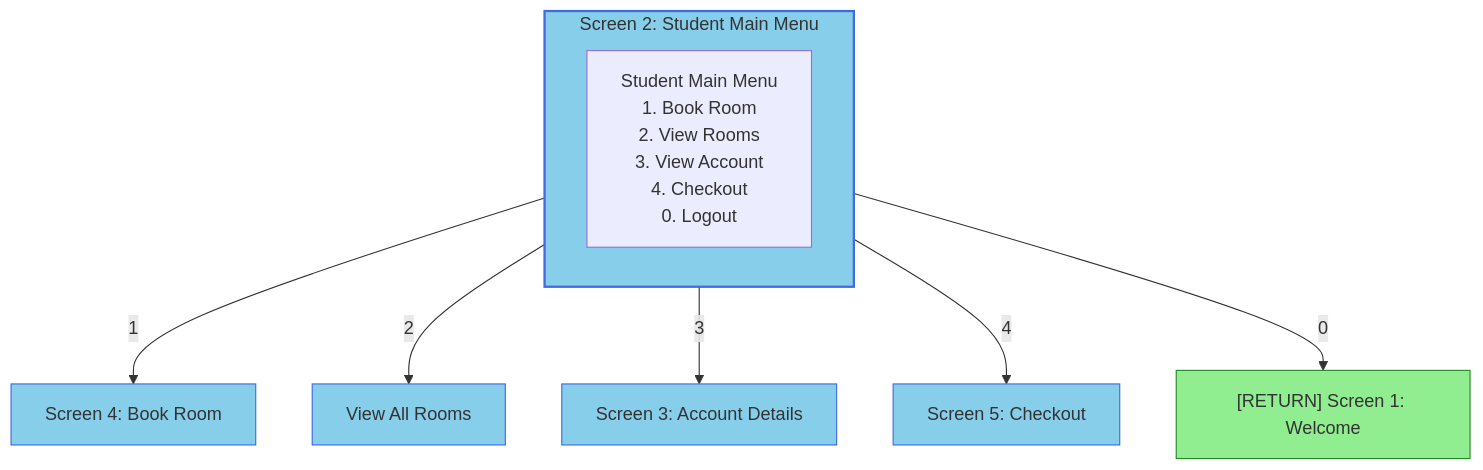
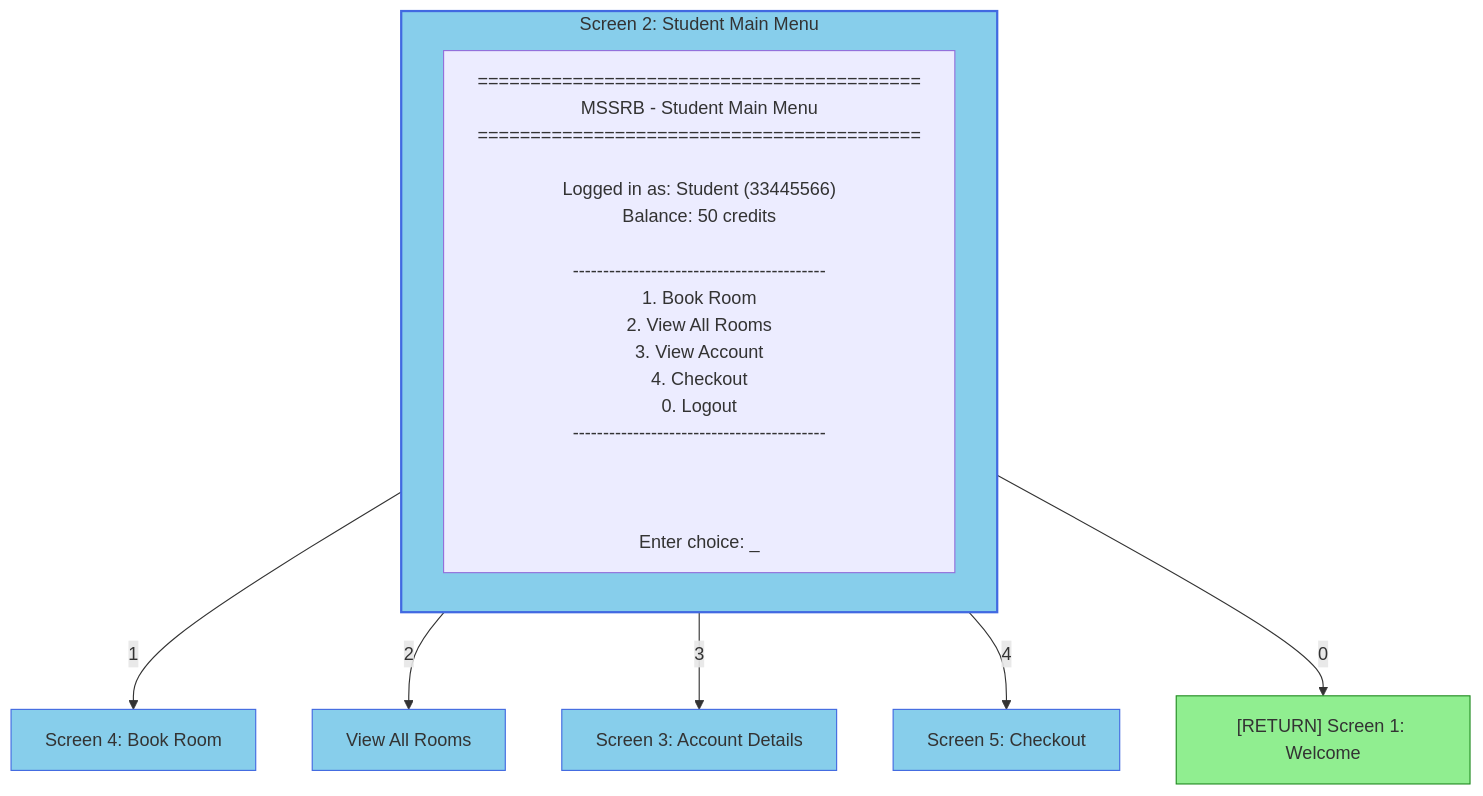
The diagram in mermaid/member_c/02_student_menu.flowchart.mmd (alii0110-monash/fit5136-study-room-booking), drawn with Mermaid before and after one commit. The commit also changed 14 other files, not shown here.

First line of the commit message:
Convert all Mermaid files to screen-style format

```diff
--- a/mermaid/member_c/02_student_menu.flowchart.mmd
+++ b/mermaid/member_c/02_student_menu.flowchart.mmd
@@ -1,17 +1,35 @@
 flowchart TB
     subgraph STUDENT_MENU["Screen 2: Student Main Menu"]
-        SM1["Student Main Menu<br>1. Book Room<br>2. View Rooms<br>3. View Account<br>4. Checkout<br>0. Logout"]
+        SM1["
+==========================================
+MSSRB - Student Main Menu
+==========================================
+
+Logged in as: Student (33445566)
+Balance: 50 credits
+
+------------------------------------------
+1. Book Room
+2. View All Rooms
+3. View Account
+4. Checkout
+0. Logout
+------------------------------------------
+
+
+
+Enter choice: _        "]
     end
 
     STUDENT_MENU -->|"1"| BOOK["Screen 4: Book Room"]
     STUDENT_MENU -->|"2"| VIEW_ROOMS["View All Rooms"]
     STUDENT_MENU -->|"3"| ACCOUNT["Screen 3: Account Details"]
     STUDENT_MENU -->|"4"| CHECKOUT["Screen 5: Checkout"]
     STUDENT_MENU -->|"0"| WELCOME["[RETURN] Screen 1: Welcome"]
 
     style STUDENT_MENU fill:#87CEEB,stroke:#4169E1,stroke-width:2px
     style BOOK fill:#87CEEB,stroke:#4169E1
     style ACCOUNT fill:#87CEEB,stroke:#4169E1
     style CHECKOUT fill:#87CEEB,stroke:#4169E1
     style VIEW_ROOMS fill:#87CEEB,stroke:#4169E1
     style WELCOME fill:#90EE90,stroke:#228B22
```
